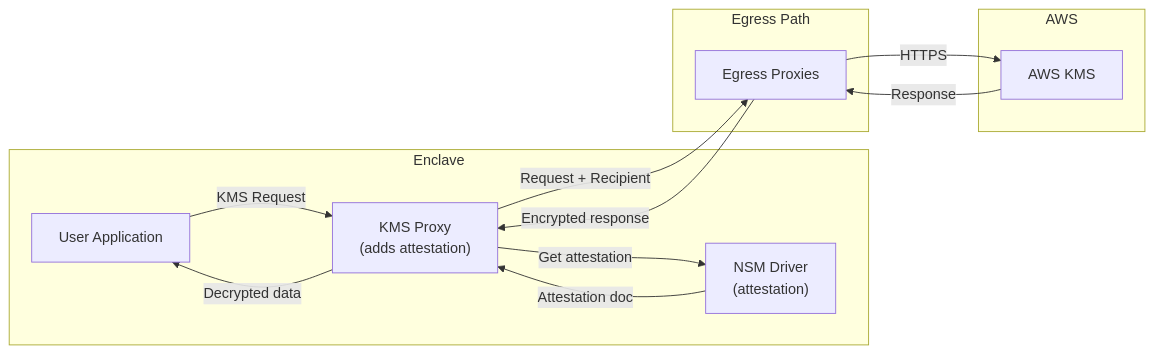
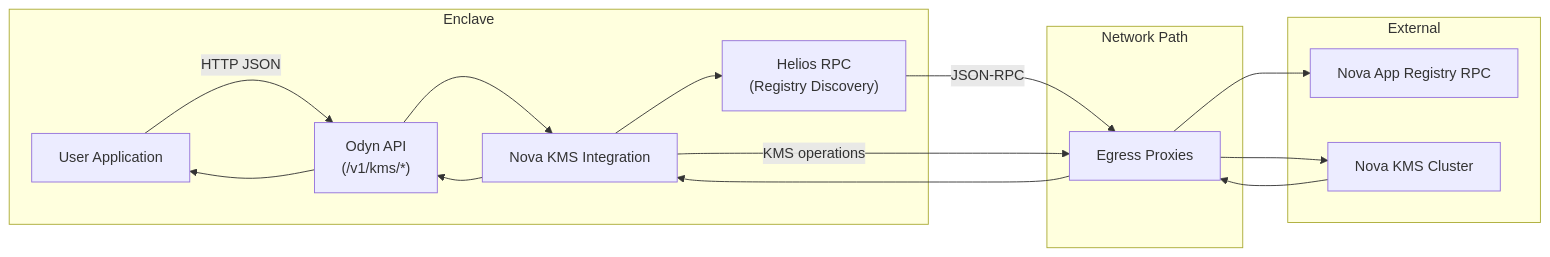
One commit to zfdang/nova-enclave-capsule changed the sixth of 7 diagrams in docs/architecture.md. Above: the diagram before and after it, drawn with Mermaid. The commit also changed other lines of this file and 22 other files, not shown here.

Commit message:
remove kms-proxy, keep nova-kms only

````diff
--- a/docs/architecture.md
+++ b/docs/architecture.md
@@ -343,25 +343,30 @@
 ```mermaid
 graph LR
     subgraph "Enclave"
         APP["User Application"]
-        KMS_PROXY["KMS Proxy<br/>(adds attestation)"]
-        NSM["NSM Driver<br/>(attestation)"]
+        API["Odyn API<br/>(/v1/kms/*)"]
+        NOVA_KMS["Nova KMS Integration"]
+        HELIOS["Helios RPC<br/>(Registry Discovery)"]
     end
     
-    subgraph "Egress Path"
+    subgraph "Network Path"
         EGRESS["Egress Proxies"]
     end
     
-    subgraph "AWS"
-        KMS["AWS KMS"]
+    subgraph "External"
+        REGISTRY["Nova App Registry RPC"]
+        KMS["Nova KMS Cluster"]
     end
     
-    APP -->|"KMS Request"| KMS_PROXY
-    KMS_PROXY -->|"Get attestation"| NSM
-    NSM -->|"Attestation doc"| KMS_PROXY
-    KMS_PROXY -->|"Request + Recipient"| EGRESS
-    EGRESS -->|"HTTPS"| KMS
-    KMS -->|"Response"| EGRESS
-    EGRESS -->|"Encrypted response"| KMS_PROXY
-    KMS_PROXY -->|"Decrypted data"| APP
+    APP -->|"HTTP JSON"| API
+    API --> NOVA_KMS
+    NOVA_KMS --> HELIOS
+    HELIOS -->|"JSON-RPC"| EGRESS
+    EGRESS --> REGISTRY
+    NOVA_KMS -->|"KMS operations"| EGRESS
+    EGRESS --> KMS
+    KMS --> EGRESS
+    EGRESS --> NOVA_KMS
+    NOVA_KMS --> API
+    API --> APP
 ```
````
